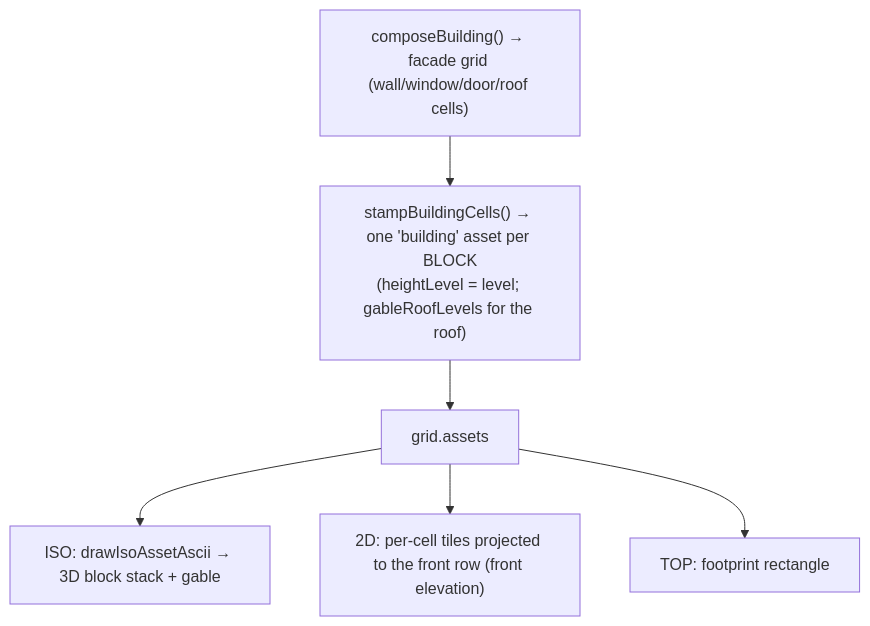
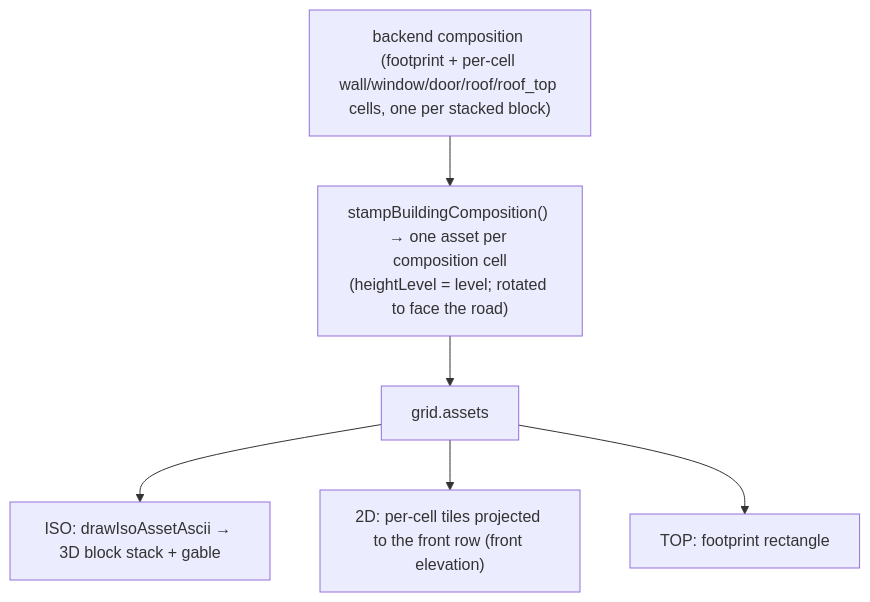
Before and after one commit to v1siond/nebulith: the second of 6 diagrams in docs/FEATURES.md, drawn with Mermaid. The commit also changed other lines of this file and 7 other files, not shown here.

First line of the commit message:
feat: buildings as backend composition templates + per-type tiles + name

````diff
--- a/docs/FEATURES.md
+++ b/docs/FEATURES.md
@@ -38,9 +42,9 @@
 ```mermaid
 flowchart TD
-  COMPOSE["composeBuilding() → facade grid (wall/window/door/roof cells)"]
-  COMPOSE --> STAMP["stampBuildingCells() → one 'building' asset per BLOCK<br/>(heightLevel = level; gableRoofLevels for the roof)"]
+  BAKE["backend composition (footprint + per-cell wall/window/door/roof/roof_top cells, one per stacked block)"]
+  BAKE --> STAMP["stampBuildingComposition() → one asset per composition cell<br/>(heightLevel = level; rotated to face the road)"]
   STAMP --> GRID[grid.assets]
   GRID --> ISO["ISO: drawIsoAssetAscii → 3D block stack + gable"]
   GRID --> TWOD["2D: per-cell tiles projected to the front row (front elevation)"]
   GRID --> TOP["TOP: footprint rectangle"]
 ```
````
